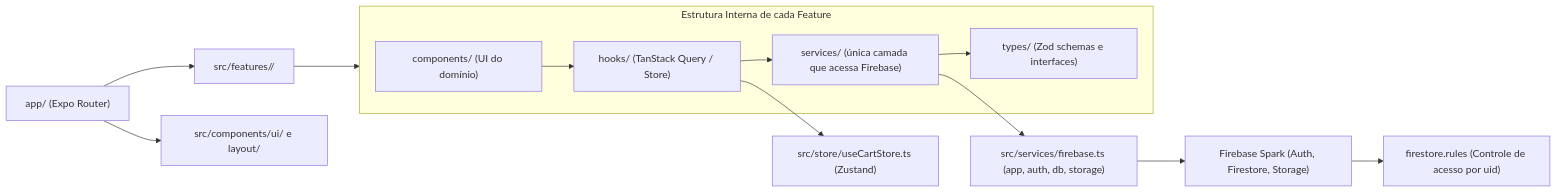
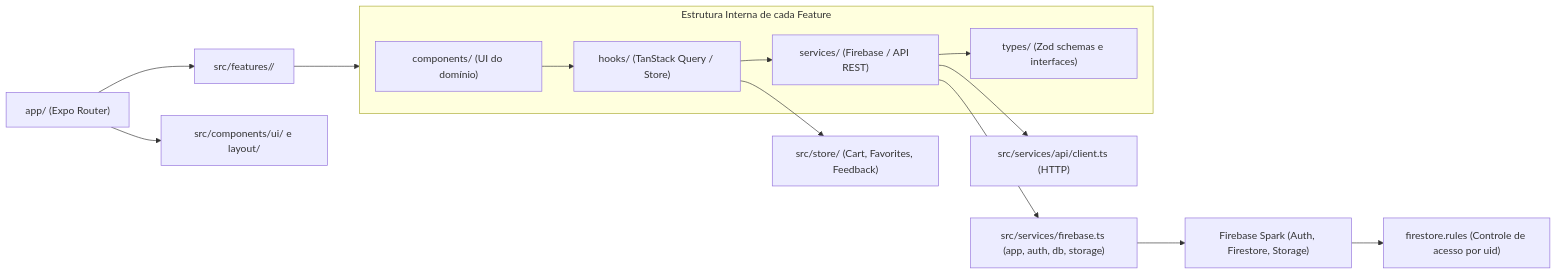
The second of 2 diagrams in README.md (EnzoYuri1/ShopeGo-FrontEnd-Mobile), drawn with Mermaid before and after one commit. The commit also changed other lines of this file and 6 other files, not shown here.

````diff
--- a/README.md
+++ b/README.md
@@ -132,21 +138,22 @@
 ```mermaid
 flowchart LR
     Routes["app/ (Expo Router)"] --> Features["src/features/<dominio>/"]
     Routes --> UI["src/components/ui/ e layout/"]
 
     subgraph Feature ["Estrutura Interna de cada Feature"]
         Components["components/ (UI do domínio)"]
         Hooks["hooks/ (TanStack Query / Store)"]
-        Services["services/ (única camada que acessa Firebase)"]
+        Services["services/ (Firebase / API REST)"]
         Types["types/ (Zod schemas e interfaces)"]
         Components --> Hooks
         Hooks --> Services
         Services --> Types
     end
 
     Features --> Feature
     Services --> Firebase["src/services/firebase.ts (app, auth, db, storage)"]
-    Hooks --> Store["src/store/useCartStore.ts (Zustand)"]
+    Services --> ApiClient["src/services/api/client.ts (HTTP)"]
+    Hooks --> Store["src/store/ (Cart, Favorites, Feedback)"]
     Firebase --> Cloud["Firebase Spark (Auth, Firestore, Storage)"]
     Cloud --> Rules["firestore.rules (Controle de acesso por uid)"]
 ```
````
